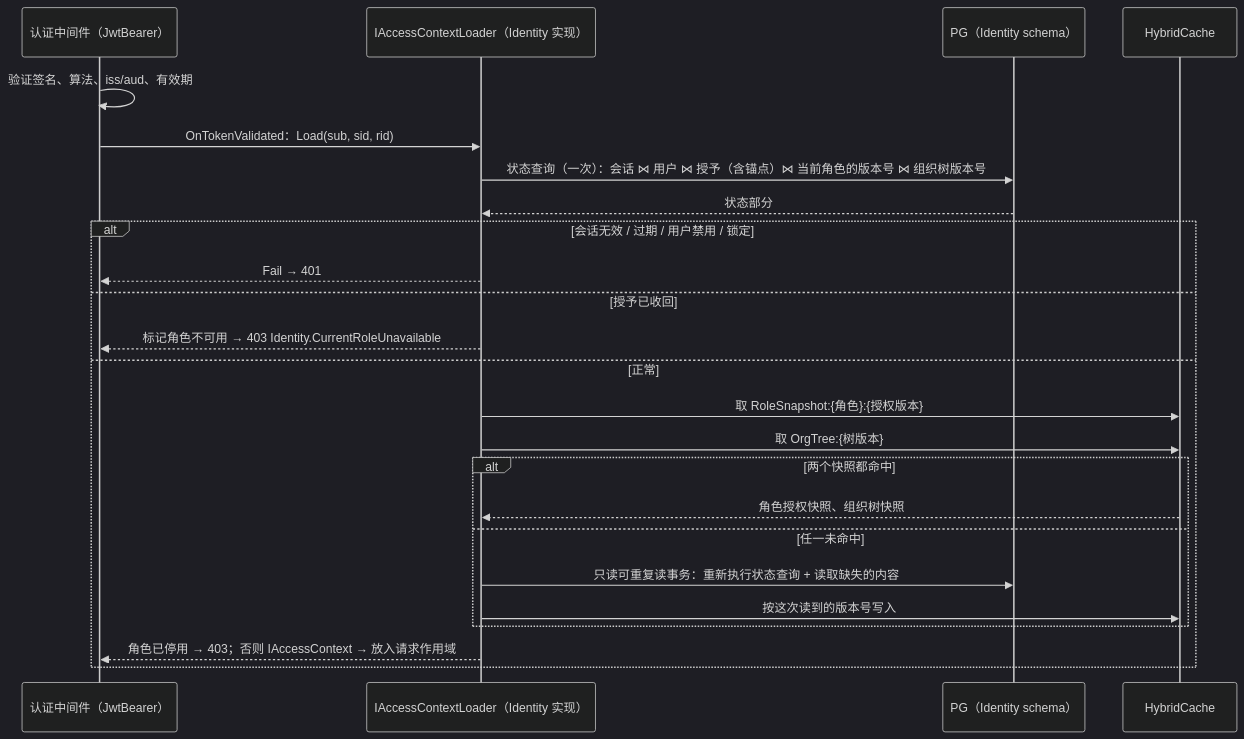
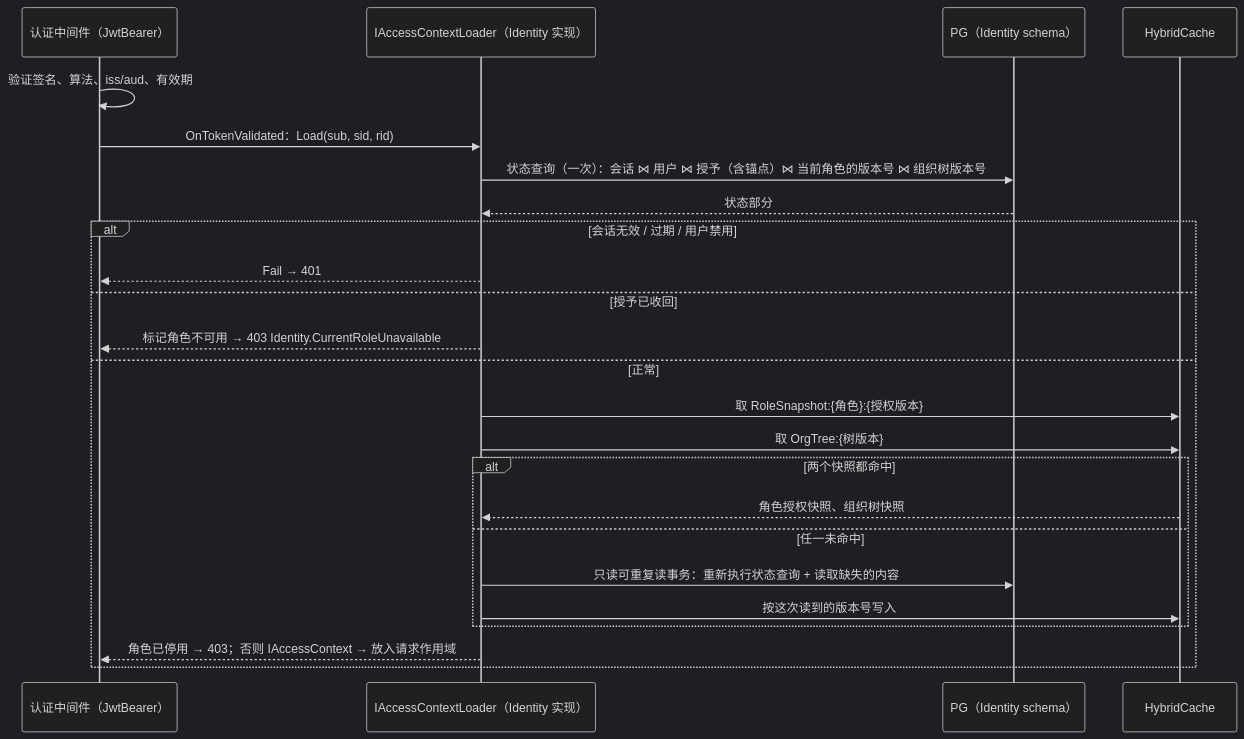
One commit to gw-hhh/KMIC.Platform changed the second of 3 diagrams in docs/framework/05-infrastructure/05-04-认证与会话.md. Above: the diagram before and after it, drawn with Mermaid (dark theme). The commit also changed other lines of this file and 19 other files, not shown here.

````diff
--- a/docs/framework/05-infrastructure/05-04-认证与会话.md
+++ b/docs/framework/05-infrastructure/05-04-认证与会话.md
@@ -231,26 +231,26 @@
 ```mermaid
 sequenceDiagram
     participant MW as 认证中间件（JwtBearer）
     participant L as IAccessContextLoader（Identity 实现）
     participant DB as PG（Identity schema）
     participant C as HybridCache
     MW->>MW: 验证签名、算法、iss/aud、有效期
     MW->>L: OnTokenValidated：Load(sub, sid, rid)
     L->>DB: 状态查询（一次）：会话 ⋈ 用户 ⋈ 授予（含锚点）⋈ 当前角色的版本号 ⋈ 组织树版本号
     DB-->>L: 状态部分
-    alt 会话无效 / 过期 / 用户禁用 / 锁定
+    alt 会话无效 / 过期 / 用户禁用
         L-->>MW: Fail → 401
     else 授予已收回
         L-->>MW: 标记角色不可用 → 403 Identity.CurrentRoleUnavailable
     else 正常
         L->>C: 取 RoleSnapshot:{角色}:{授权版本}
         L->>C: 取 OrgTree:{树版本}
         alt 两个快照都命中
             C-->>L: 角色授权快照、组织树快照
         else 任一未命中
             L->>DB: 只读可重复读事务：重新执行状态查询 + 读取缺失的内容
             L->>C: 按这次读到的版本号写入
         end
         L-->>MW: 角色已停用 → 403；否则 IAccessContext → 放入请求作用域
     end
 ```
````
